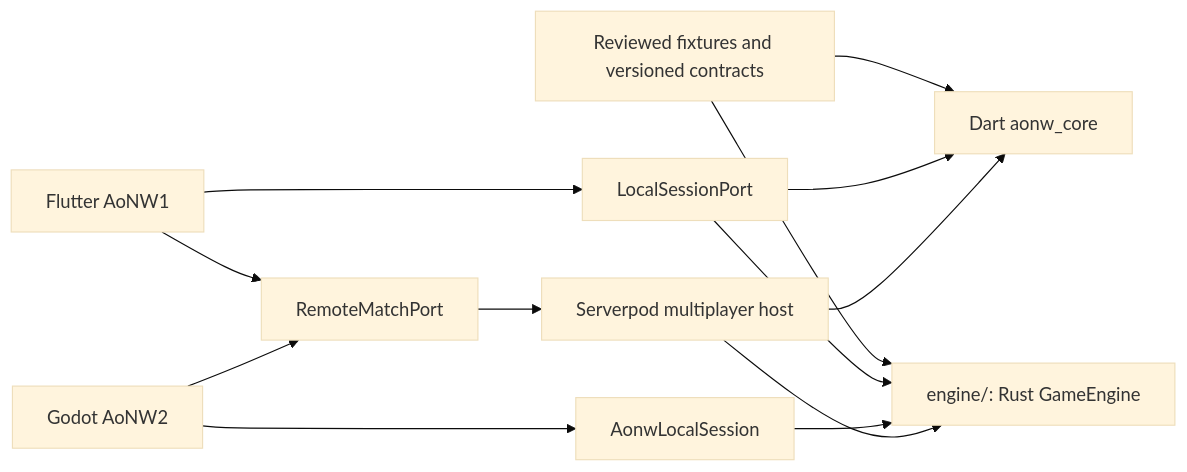
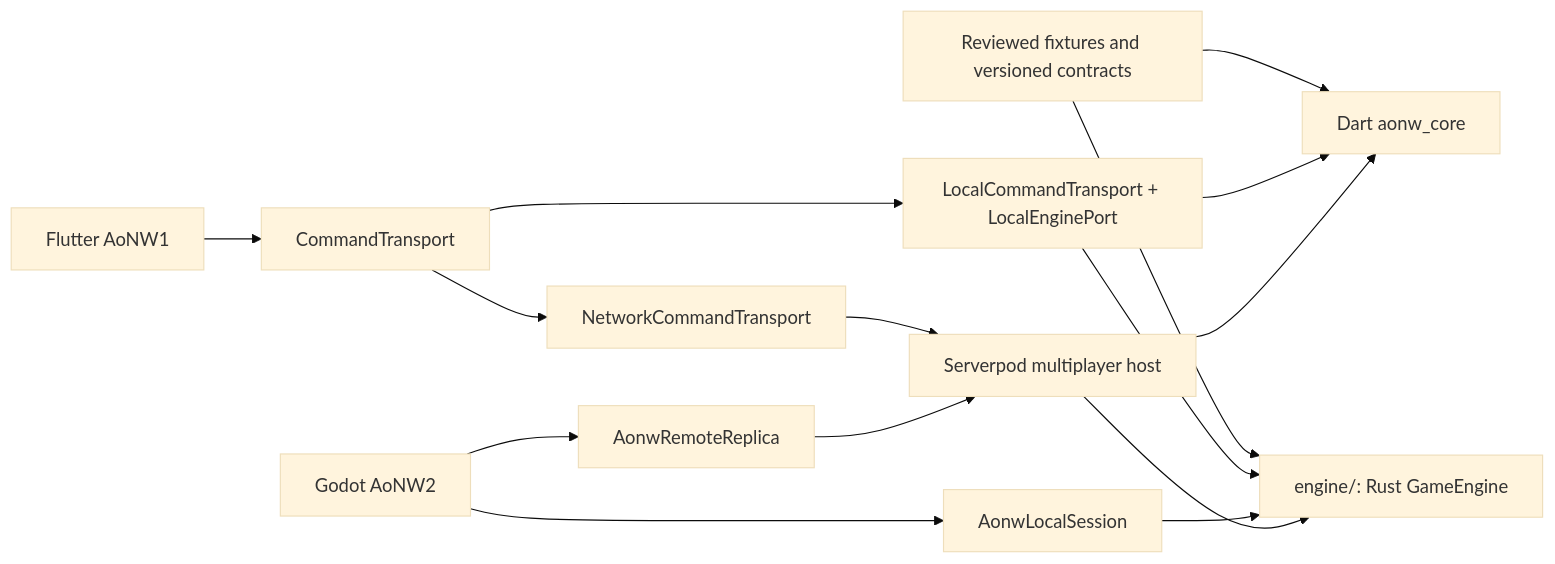
One commit to ernestwisniewski/aonw changed the diagram in docs/adr/0008-rust-engine-ownership-and-strangler-migration.md. Above: the diagram before and after it, drawn with Mermaid (base theme). The commit also changed other lines of this file and 5 other files, not shown here.

````diff
--- a/docs/adr/0008-rust-engine-ownership-and-strangler-migration.md
+++ b/docs/adr/0008-rust-engine-ownership-and-strangler-migration.md
@@ -31,15 +31,17 @@
 ```mermaid
 flowchart LR
   Oracle["Reviewed fixtures and versioned contracts"] --> Dart["Dart aonw_core"]
   Oracle --> Rust["engine/: Rust GameEngine"]
-  Flutter["Flutter AoNW1"] --> Local["LocalSessionPort"]
+  Flutter["Flutter AoNW1"] --> Dispatch["CommandTransport"]
+  Dispatch --> Local["LocalCommandTransport + LocalEnginePort"]
+  Dispatch --> Network["NetworkCommandTransport"]
   Local --> Dart
   Local --> Rust
   Godot["Godot AoNW2"] --> GodotLocal["AonwLocalSession"]
   GodotLocal --> Rust
-  Flutter --> Remote["RemoteMatchPort"]
-  Godot --> Remote
-  Remote --> Serverpod["Serverpod multiplayer host"]
+  Godot --> Remote["AonwRemoteReplica"]
+  Network --> Serverpod["Serverpod multiplayer host"]
+  Remote --> Serverpod
   Serverpod --> Dart
   Serverpod --> Rust
 ```
````
